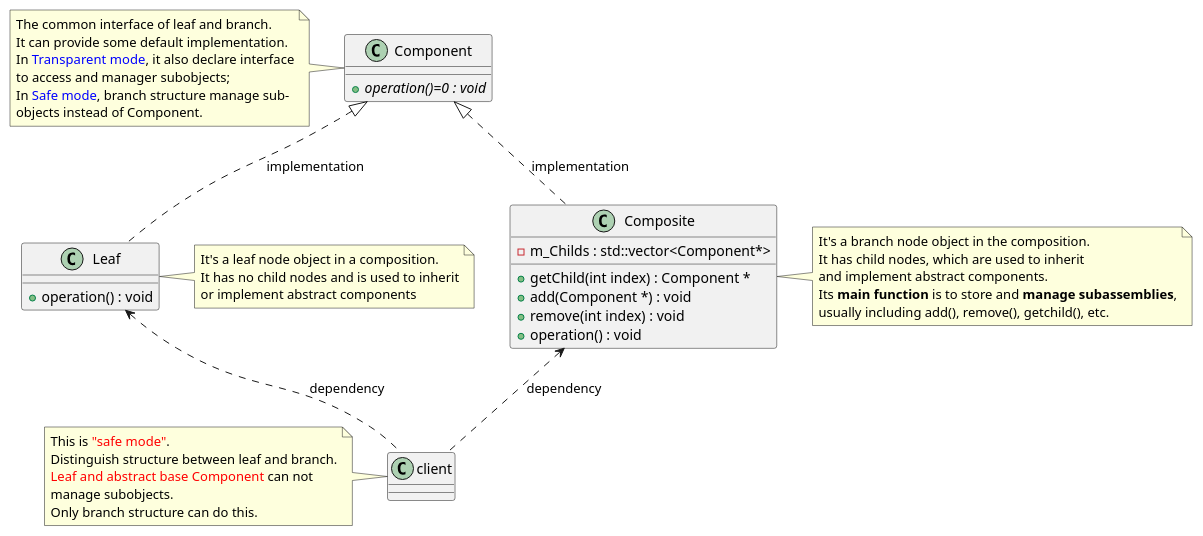
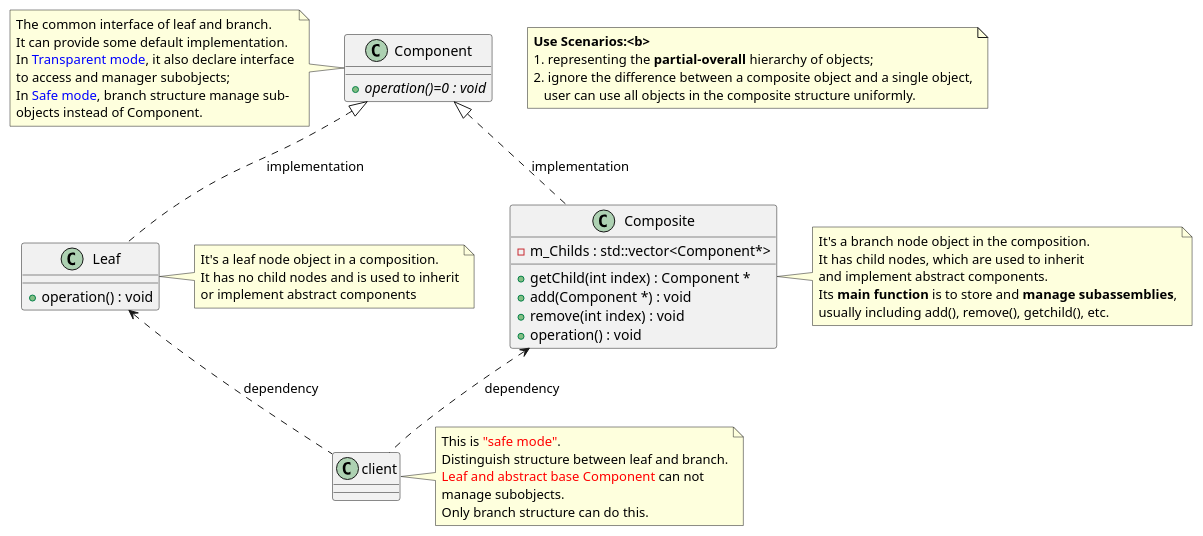
Before and after one commit to flyingman1991/design-patterns-cpp: the diagram in composite/CompositePattern_Safe.puml, drawn with PlantUML. The commit also changed 2 other files, not shown here.

Commit message:
add comments and fix uml bugs for composite pattern.

```diff
--- a/composite/CompositePattern_Safe.puml
+++ b/composite/CompositePattern_Safe.puml
@@ -1,55 +1,62 @@
 @startuml CompositePattern
 
 class Component {
     + {abstract} operation()=0 : void
 }
 
 class Composite {
     + getChild(int index) : Component *
     + add(Component *) : void
     + remove(int index) : void
     + operation() : void
     - m_Childs : std::vector<Component*>
 }
 Composite .up.|> Component : implementation
 
 class Leaf {
     + operation() : void
 }
 Leaf .up.|> Component : implementation
 
 client .up.> Composite : dependency
 client .up.> Leaf : dependency
 
-note left of client
+note  as N1
+    <b>Use Scenarios:<b>
+    1. representing the <b>partial-overall</b> hierarchy of objects;
+    2. ignore the difference between a composite object and a single object,
+       user can use all objects in the composite structure uniformly.
+end note
+
+note right of client
     This is <font color="Red">"safe mode"</font>.
     Distinguish structure between leaf and branch.
     <font color="Red">Leaf and abstract base Component</font> can not
     manage subobjects.
     Only branch structure can do this.
 end note
 
 note left of Component
     The common interface of leaf and branch.
     It can provide some default implementation.
     In <font color="Blue">Transparent mode</font>, it also declare interface
     to access and manager subobjects;
     In <font color="Blue">Safe mode</font>, branch structure manage sub-
     objects instead of Component.
 end note
 
 note right of Leaf
     It's a leaf node object in a composition.
     It has no child nodes and is used to inherit
     or implement abstract components
 end note
 
 note right of Composite
     It's a branch node object in the composition.
     It has child nodes, which are used to inherit
     and implement abstract components.
     Its <b>main function</b> is to store and <b>manage subassemblies</b>,
     usually including add(), remove(), getchild(), etc.
 end note
 
 @enduml
```
